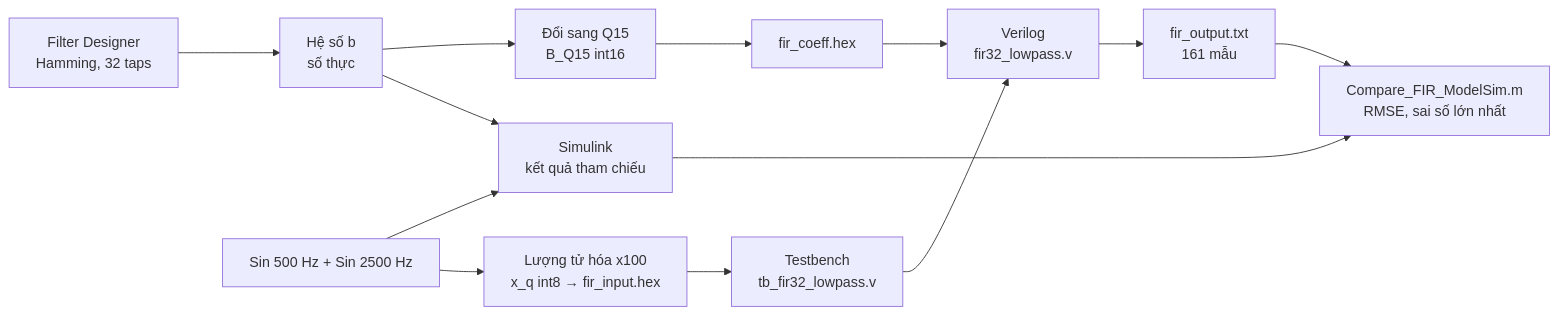
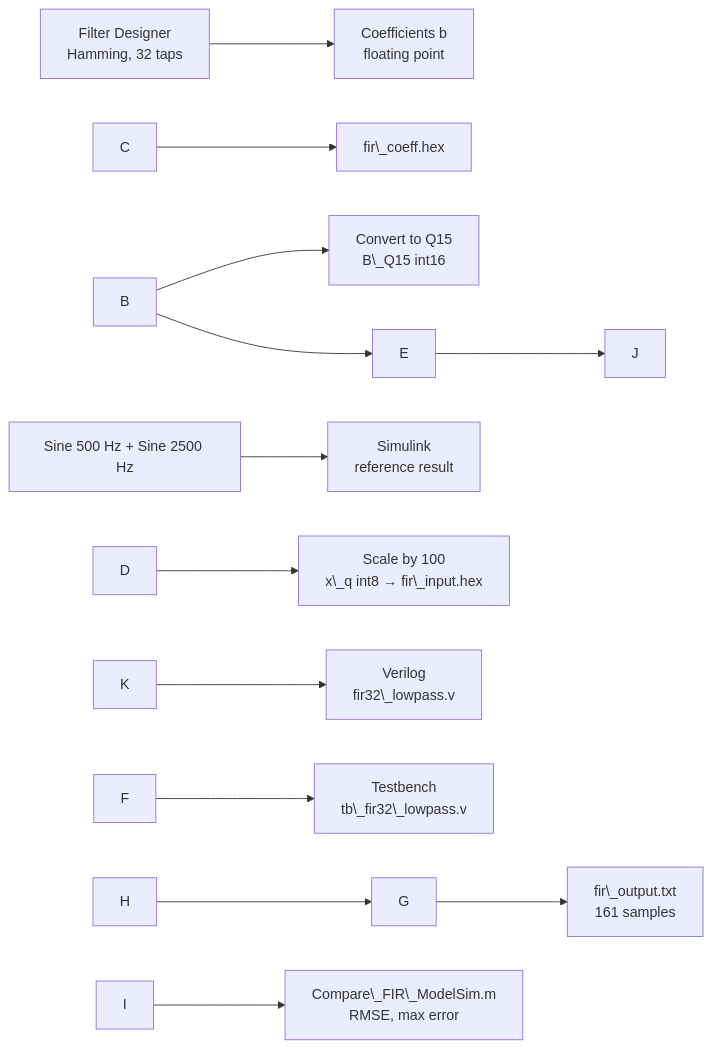
The diagram in README.md (trangiathanh/MATLAB-Based-Design-and-Verilog-HDL-Verification-of-a-32-Tap-FIR-Filter), drawn with Mermaid before and after one commit. The commit also changed other lines of this file, not shown here.

````diff
--- a/README.md
+++ b/README.md
@@ -79,15 +80,15 @@
 ```mermaid
 flowchart LR
-    A[Filter Designer<br/>Hamming, 32 taps] --> B[Hệ số b<br/>số thực]
-    B --> C[Đổi sang Q15<br/>B_Q15 int16]
-    C --> K[fir_coeff.hex]
-    D[Sin 500 Hz + Sin 2500 Hz] --> E[Simulink<br/>kết quả tham chiếu]
+    A\[Filter Designer<br/>Hamming, 32 taps] --> B\[Coefficients b<br/>floating point]
+    B --> C\[Convert to Q15<br/>B\_Q15 int16]
+    C --> K\[fir\_coeff.hex]
+    D\[Sine 500 Hz + Sine 2500 Hz] --> E\[Simulink<br/>reference result]
     B --> E
-    D --> F[Lượng tử hóa x100<br/>x_q int8 → fir_input.hex]
-    K --> G[Verilog<br/>fir32_lowpass.v]
-    F --> H[Testbench<br/>tb_fir32_lowpass.v]
+    D --> F\[Scale by 100<br/>x\_q int8 → fir\_input.hex]
+    K --> G\[Verilog<br/>fir32\_lowpass.v]
+    F --> H\[Testbench<br/>tb\_fir32\_lowpass.v]
     H --> G
-    G --> I[fir_output.txt<br/>161 mẫu]
-    I --> J[Compare_FIR_ModelSim.m<br/>RMSE, sai số lớn nhất]
+    G --> I\[fir\_output.txt<br/>161 samples]
+    I --> J\[Compare\_FIR\_ModelSim.m<br/>RMSE, max error]
     E --> J
 ```
````
